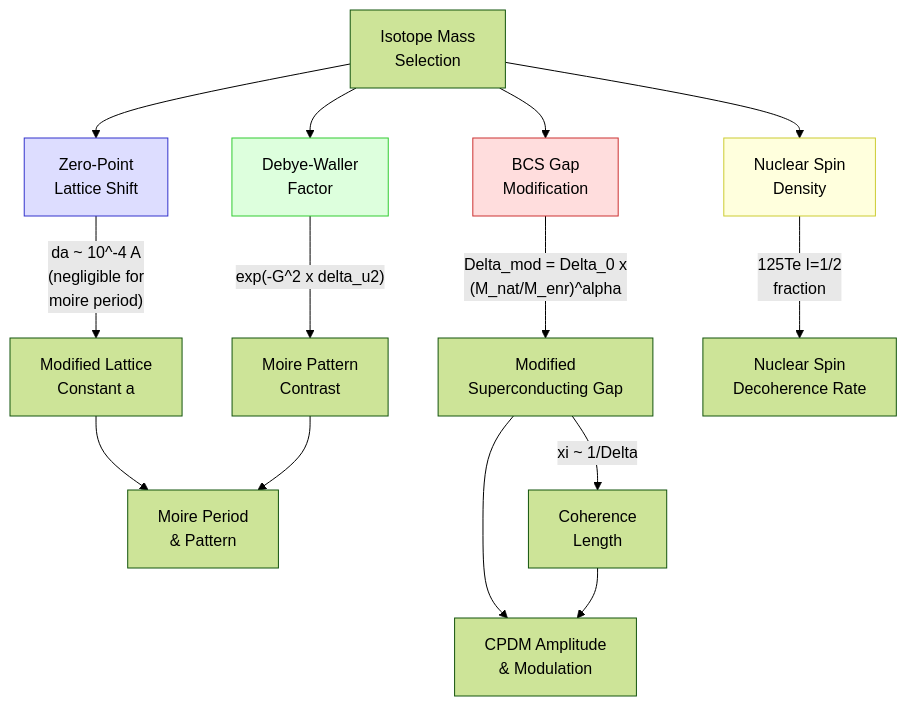
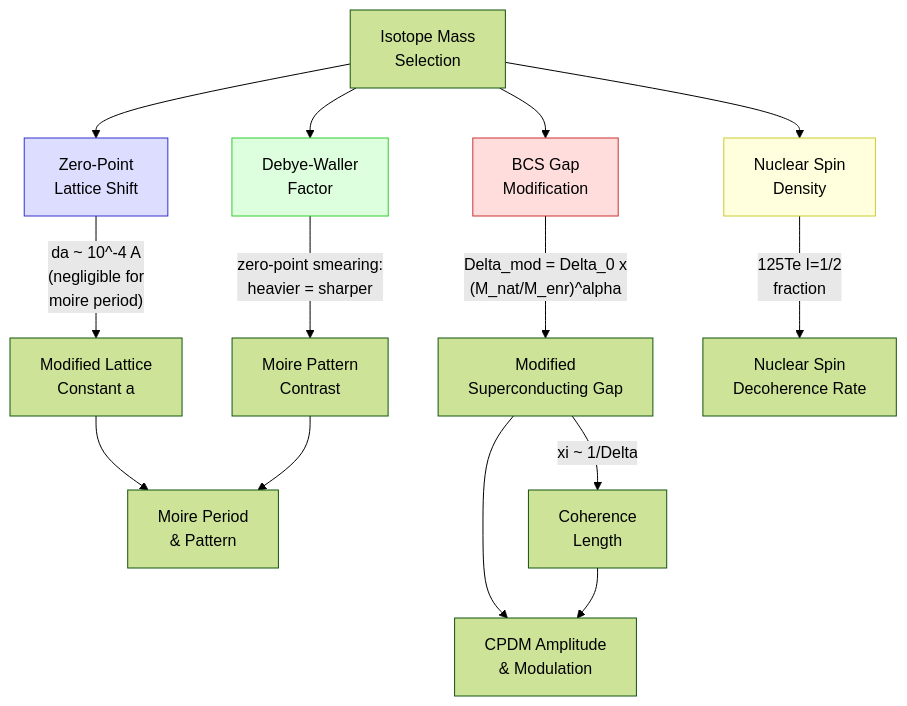
Before and after one commit to sonoransun/waytogocoop: diagram 11 of 15 in README.md, drawn with Mermaid (forest theme). The commit also changed other lines of this file and 55 other files, not shown here.

Commit message:
Improve docs for graphene and isotopes

````diff
--- a/README.md
+++ b/README.md
@@ -658,23 +840,23 @@
 ```mermaid
 flowchart TD
     ISO[Isotope Mass<br/>Selection] --> ZP[Zero-Point<br/>Lattice Shift]
     ISO --> BCS[BCS Gap<br/>Modification]
     ISO --> DW[Debye-Waller<br/>Factor]
     ISO --> SPIN[Nuclear Spin<br/>Density]
 
     ZP -->|"da ~ 10^-4 A<br/>(negligible for<br/>moire period)"| LATTICE[Modified Lattice<br/>Constant a]
     BCS -->|"Delta_mod = Delta_0 x<br/>(M_nat/M_enr)^alpha"| GAP[Modified<br/>Superconducting Gap]
-    DW -->|"exp(-G^2 x delta_u2)"| CONTRAST[Moire Pattern<br/>Contrast]
+    DW -->|"zero-point smearing:<br/>heavier = sharper"| CONTRAST[Moire Pattern<br/>Contrast]
     SPIN -->|"125Te I=1/2<br/>fraction"| DECOHERENCE[Nuclear Spin<br/>Decoherence Rate]
 
     LATTICE --> MOIRE[Moire Period<br/>& Pattern]
     GAP --> CPDM[CPDM Amplitude<br/>& Modulation]
     CONTRAST --> MOIRE
     GAP -->|"xi ~ 1/Delta"| COHERENCE[Coherence<br/>Length]
     COHERENCE --> CPDM
 
     style BCS fill:#fdd,stroke:#c33
     style ZP fill:#ddf,stroke:#33c
     style DW fill:#dfd,stroke:#3c3
     style SPIN fill:#ffd,stroke:#cc3
 ```
````
